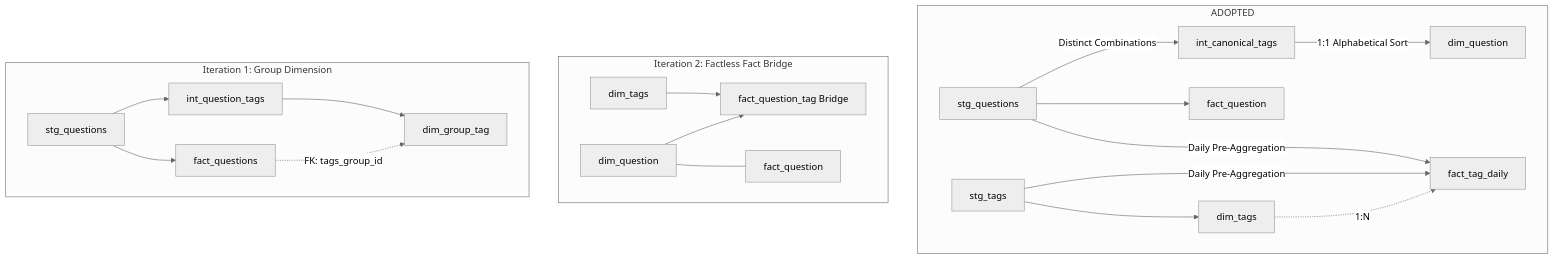
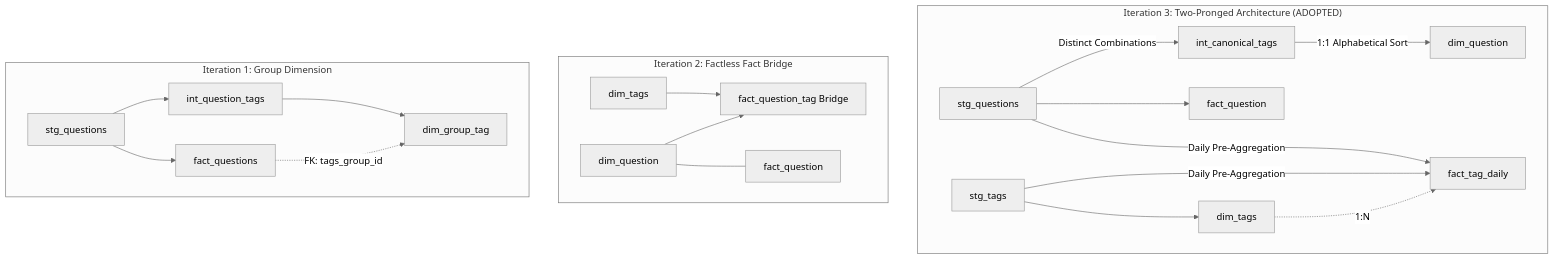
The first of 2 diagrams in TRADEOFFS.md (javiervqz/stackoverflow_semantic_layer), drawn with Mermaid (neutral theme) before and after one commit. The commit also changed other lines of this file, not shown here.

````diff
--- a/TRADEOFFS.md
+++ b/TRADEOFFS.md
@@ -24,24 +24,24 @@
 ```mermaid
 graph TD
-    subgraph Iteration 3: Two-Pronged Architecture [ADOPTED]
+    subgraph S3 ["Iteration 3: Two-Pronged Architecture (ADOPTED)"]
         A3[stg_questions] -->|Distinct Combinations| B3[int_canonical_tags]
         B3 -->|1:1 Alphabetical Sort| C3[dim_question]
         A3 --> D3[fact_question]
         A3 & E3[stg_tags] -->|Daily Pre-Aggregation| F3[fact_tag_daily]
         E3 --> G3[dim_tags]
         G3 -.->|1:N| F3
     end
 
-    subgraph Iteration 2: Factless Fact Bridge
+    subgraph S2 ["Iteration 2: Factless Fact Bridge"]
         A2[dim_question] --> B2[fact_question_tag Bridge]
         C2[dim_tags] --> B2
         A2 --- D2[fact_question]
     end
 
-    subgraph Iteration 1: Group Dimension
+    subgraph S1 ["Iteration 1: Group Dimension"]
         A1[stg_questions] --> B1[int_question_tags]
         B1 --> C1[dim_group_tag]
         A1 --> D1[fact_questions]
         D1 -.->|FK: tags_group_id| C1
     end
 ```
````
